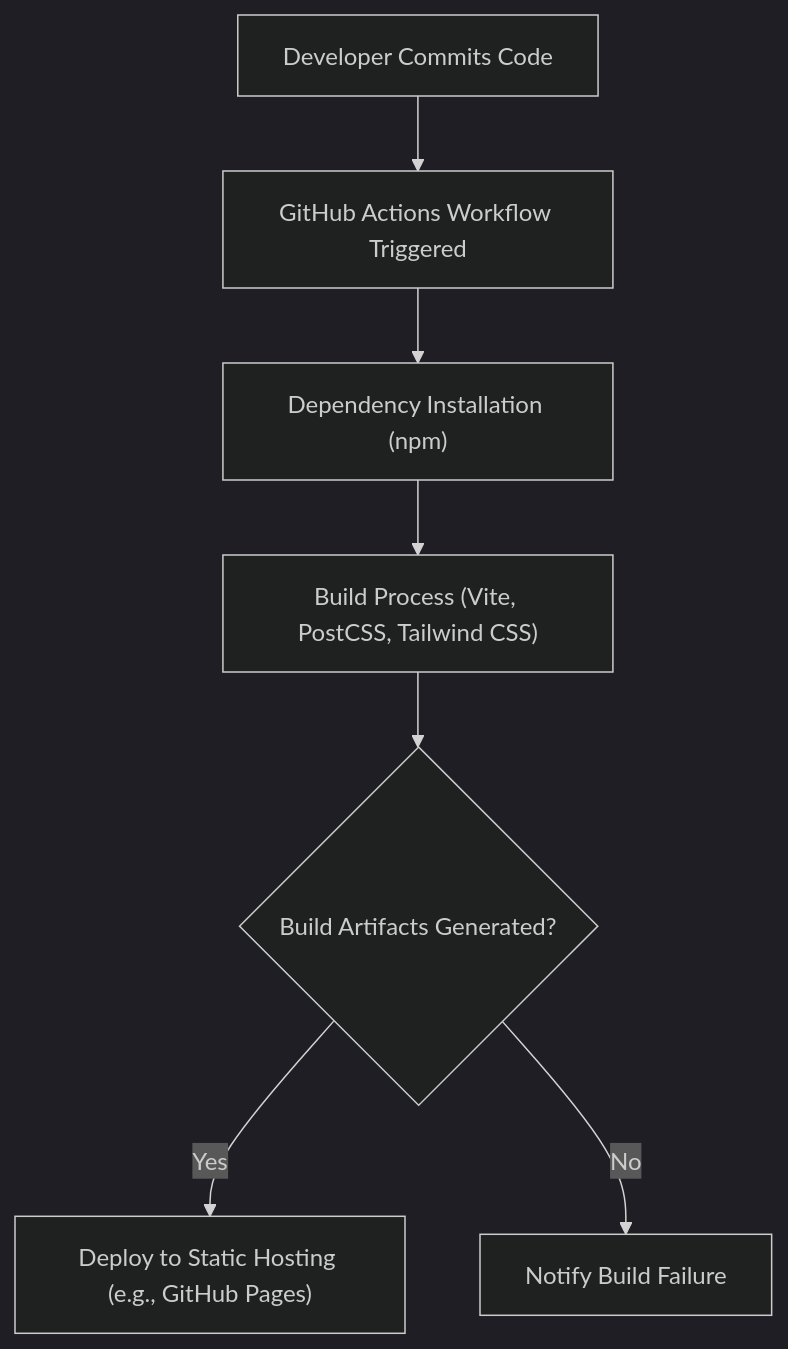
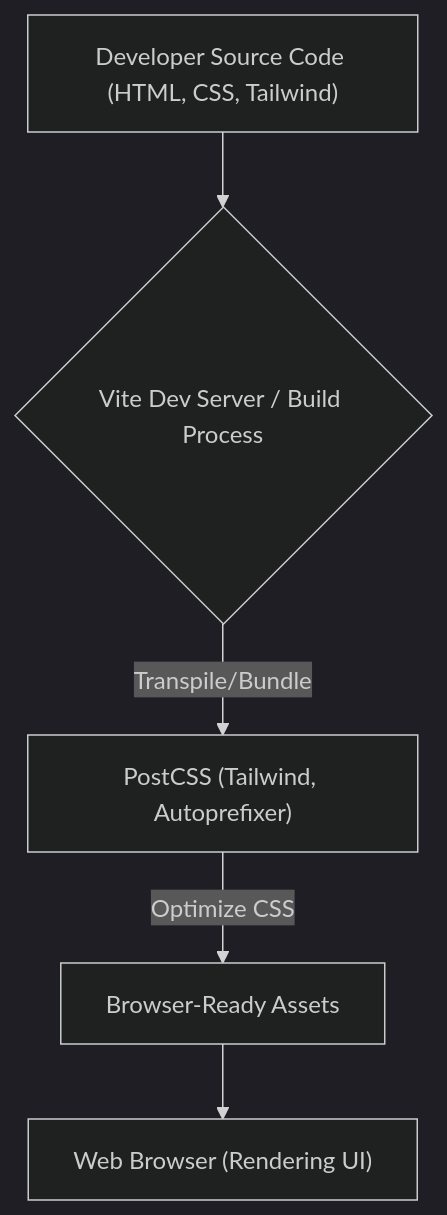
One commit to grewal16/Discord_clone changed the diagram in README.md. Above: the diagram before and after it, drawn with Mermaid (dark theme). The commit also changed other lines of this file, not shown here.

````diff
--- a/README.md
+++ b/README.md
@@ -35,9 +45,7 @@
 ```mermaid
 graph TD
-    A["Developer Commits Code"] --> B["GitHub Actions Workflow Triggered"];
-    B --> C["Dependency Installation (npm)"];
-    C --> D["Build Process (Vite, PostCSS, Tailwind CSS)"];
-    D --> E{"Build Artifacts Generated?"};
-    E -- Yes --> F["Deploy to Static Hosting (e.g., GitHub Pages)"];
-    E -- No --> G["Notify Build Failure"];
+    A["Developer Source Code (HTML, CSS, Tailwind)"] --> B{Vite Dev Server / Build Process};
+    B -- Transpile/Bundle --> C["PostCSS (Tailwind, Autoprefixer)"];
+    C -- Optimize CSS --> D["Browser-Ready Assets"];
+    D --> E["Web Browser (Rendering UI)"];
 ```
````
